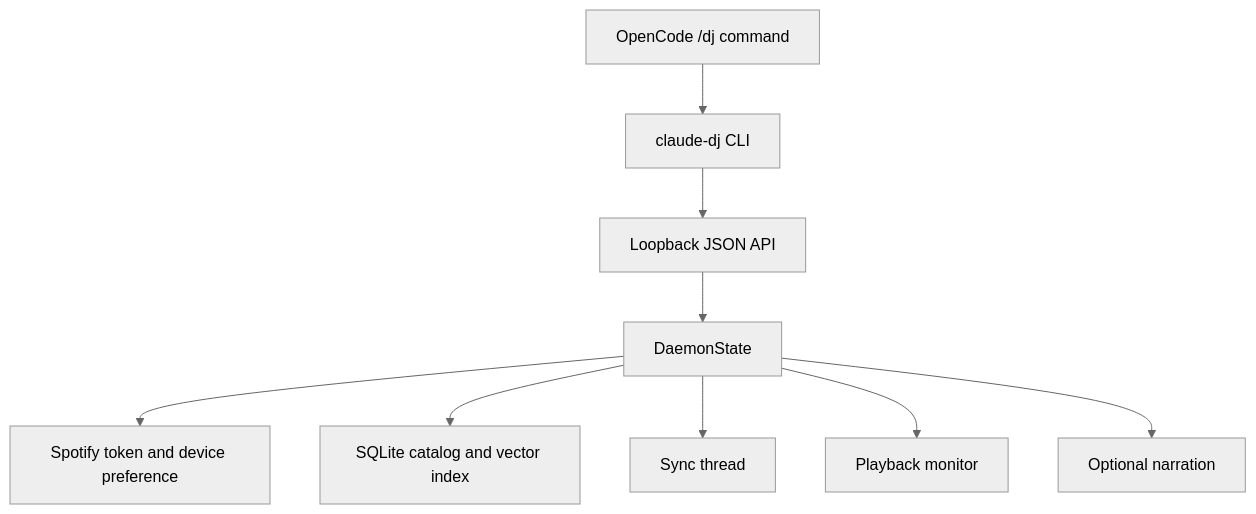
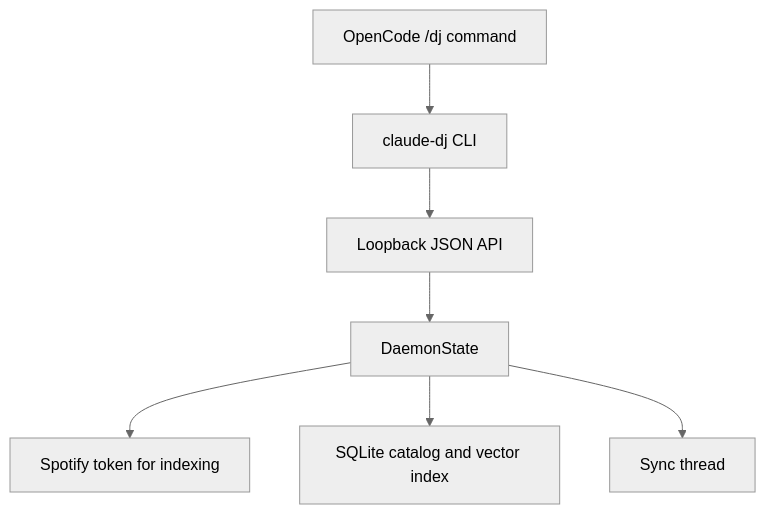
Before and after one commit to AdamPSU/agent-dj: the diagram in wiki/concepts/local-daemon-architecture.md, drawn with Mermaid (neutral theme). The commit also changed other lines of this file and 19 other files, not shown here.

````diff
--- a/wiki/concepts/local-daemon-architecture.md
+++ b/wiki/concepts/local-daemon-architecture.md
@@ -12,11 +12,9 @@
 ```mermaid
 graph TD
     A["OpenCode /dj command"] --> B["claude-dj CLI"]
     B --> C["Loopback JSON API"]
     C --> D["DaemonState"]
-    D --> E["Spotify token and device preference"]
+    D --> E["Spotify token for indexing"]
     D --> F["SQLite catalog and vector index"]
     D --> G["Sync thread"]
-    D --> H["Playback monitor"]
-    D --> I["Optional narration"]
 ```
````
